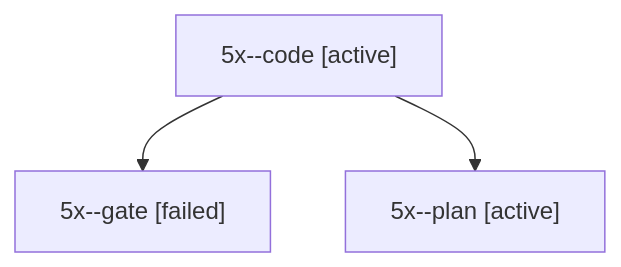
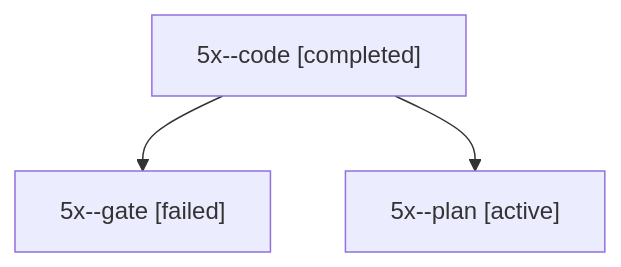
One commit to sase-org/sase--agents changed the diagram in sessions/bbugyi200.apollo.5x.md. Above: the diagram before and after it, drawn with Mermaid. The commit also changed other lines of this file and 15 other files, not shown here.

````diff
--- a/sessions/bbugyi200.apollo.5x.md
+++ b/sessions/bbugyi200.apollo.5x.md
@@ -9,8 +9,8 @@
 ```mermaid
 flowchart TD
-  n0["5x--code [active]"]
+  n0["5x--code [completed]"]
   n1["5x--gate [failed]"]
   n0 --> n1
   n2["5x--plan [active]"]
   n0 --> n2
 ```
````
